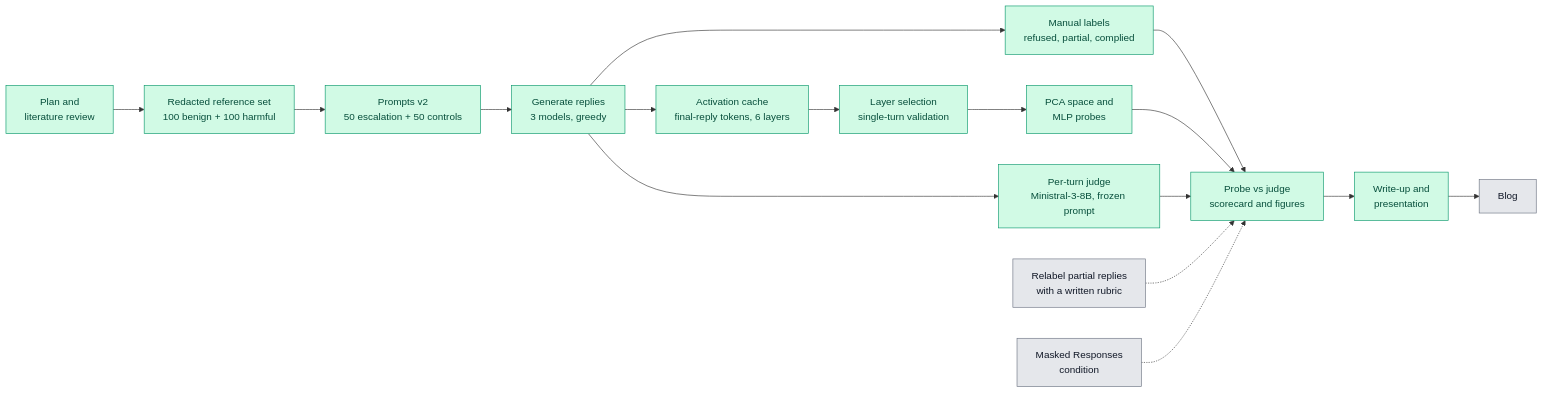
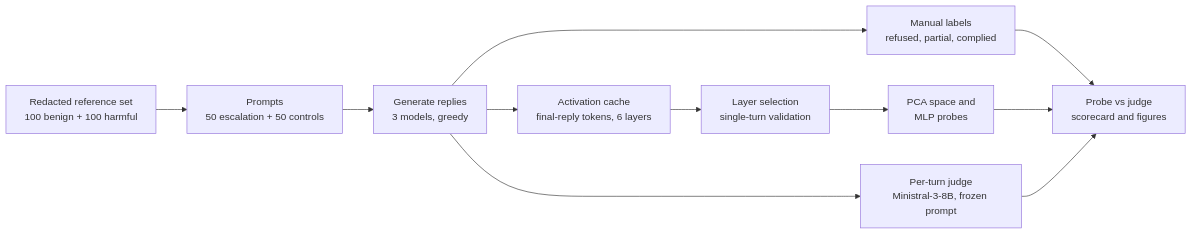
Before and after one commit to Shravani018/escalation-probes: the first of 2 diagrams in README.md, drawn with Mermaid. The commit also changed other lines of this file, not shown here.

````diff
--- a/README.md
+++ b/README.md
@@ -15,23 +11,13 @@
 ```mermaid
 flowchart LR
-    A["Plan and<br/>literature review"] --> B["Redacted reference set<br/>100 benign + 100 harmful"]
-    B --> C["Prompts v2<br/>50 escalation + 50 controls"]
-    C --> D["Generate replies<br/>3 models, greedy"]
-    D --> E["Manual labels<br/>refused, partial, complied"]
-    D --> F["Activation cache<br/>final-reply tokens, 6 layers"]
-    F --> G["Layer selection<br/>single-turn validation"]
-    G --> H["PCA space and<br/>MLP probes"]
-    D --> I["Per-turn judge<br/>Ministral-3-8B, frozen prompt"]
-    E --> J["Probe vs judge<br/>scorecard and figures"]
-    H --> J
-    I --> J
-    J --> K["Write-up and<br/>presentation"]
-    K --> L["Blog"]
-    M["Relabel partial replies<br/>with a written rubric"] -.-> J
-    N["Masked Responses<br/>condition"] -.-> J
-
-    classDef done fill:#d1fae5,stroke:#059669,color:#064e3b;
-    classDef next fill:#e5e7eb,stroke:#6b7280,color:#111827;
-    class A,B,C,D,E,F,G,H,I,J,K done;
-    class L,M,N next;
+    A["Redacted reference set<br/>100 benign + 100 harmful"] --> B["Prompts<br/>50 escalation + 50 controls"]
+    B --> C["Generate replies<br/>3 models, greedy"]
+    C --> D["Manual labels<br/>refused, partial, complied"]
+    C --> E["Activation cache<br/>final-reply tokens, 6 layers"]
+    E --> F["Layer selection<br/>single-turn validation"]
+    F --> G["PCA space and<br/>MLP probes"]
+    C --> H["Per-turn judge<br/>Ministral-3-8B, frozen prompt"]
+    D --> I["Probe vs judge<br/>scorecard and figures"]
+    G --> I
+    H --> I
 ```
````
